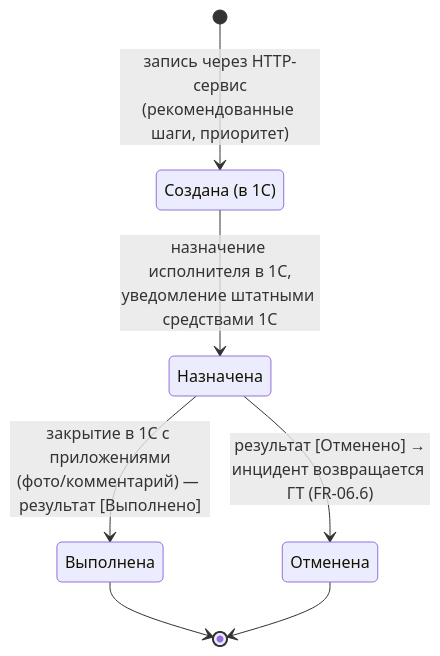
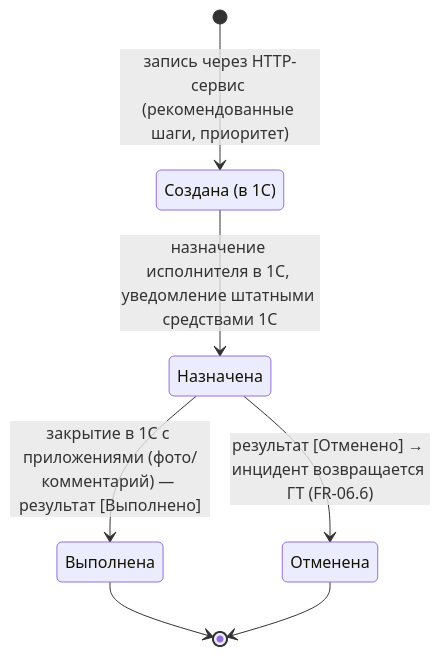
Before and after one commit to igorvolk1961/water_checker: the third of 4 diagrams in docs/system_analysis/diagrams/state_incident_alert_task.md, drawn with Mermaid. The commit also changed other lines of this file and 4 other files, not shown here.

Commit message:
Simplify mermaid labels in sequence/state diagrams to avoid parser tokens (semicolon, br tag)

````diff
--- a/docs/system_analysis/diagrams/state_incident_alert_task.md
+++ b/docs/system_analysis/diagrams/state_incident_alert_task.md
@@ -47,13 +47,13 @@
 ```mermaid
 stateDiagram-v2
     state "Создана (в 1С)" as T1
     state "Назначена" as T2
     state "Выполнена" as T3
     state "Отменена" as T4
-    [*] --> T1 : запись через HTTP-сервис<br/>(рекомендованные шаги, приоритет)
-    T1 --> T2 : назначение исполнителя в 1С,<br/>уведомление штатными средствами 1С
-    T2 --> T3 : закрытие в 1С с приложениями<br/>(фото/комментарий) — результат [Выполнено]
-    T2 --> T4 : результат [Отменено] →<br/>инцидент возвращается ГТ (FR-06.6)
+    [*] --> T1 : запись через HTTP-сервис (рекомендованные шаги, приоритет)
+    T1 --> T2 : назначение исполнителя в 1С, уведомление штатными средствами 1С
+    T2 --> T3 : закрытие в 1С с приложениями (фото/комментарий) — результат [Выполнено]
+    T2 --> T4 : результат [Отменено] → инцидент возвращается ГТ (FR-06.6)
     T3 --> [*]
     T4 --> [*]
 ```
````
